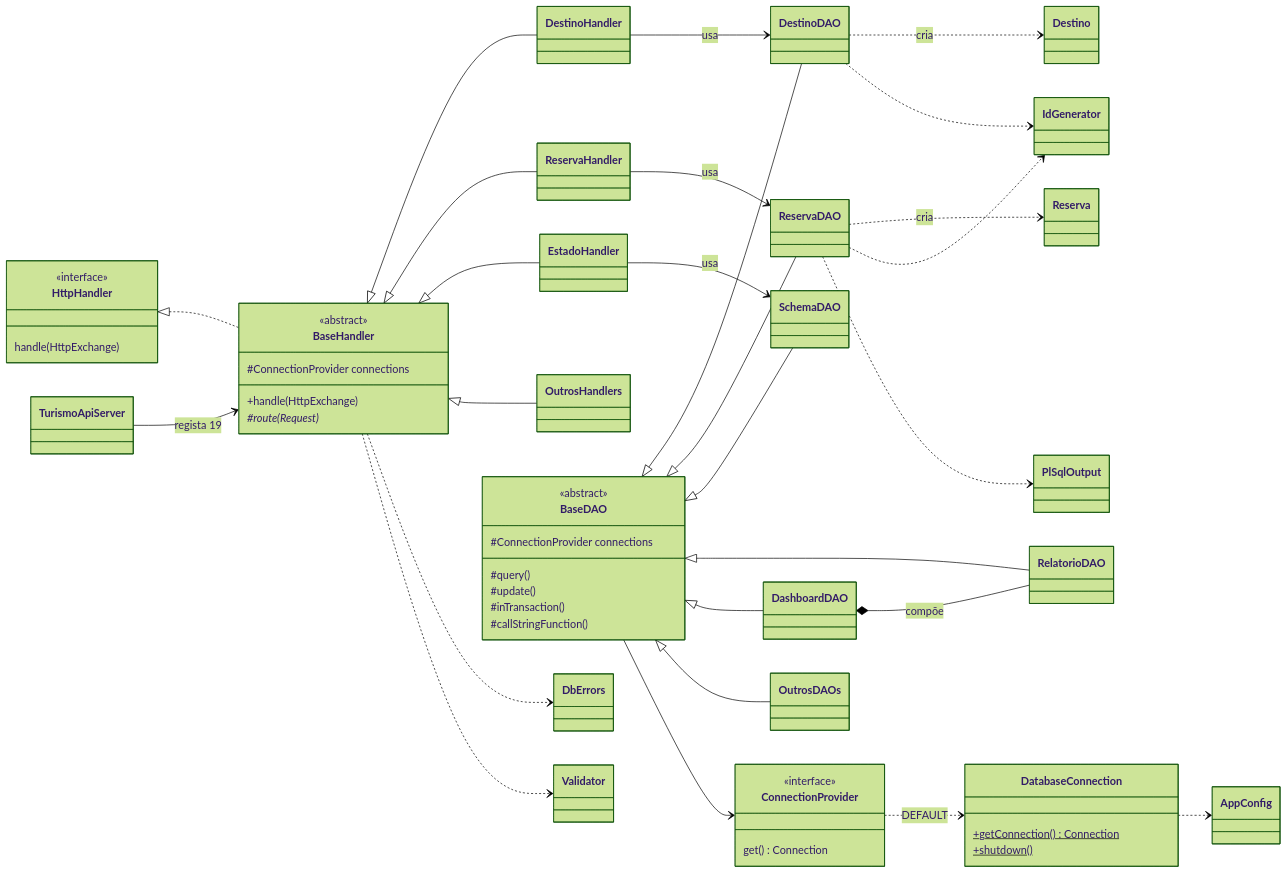
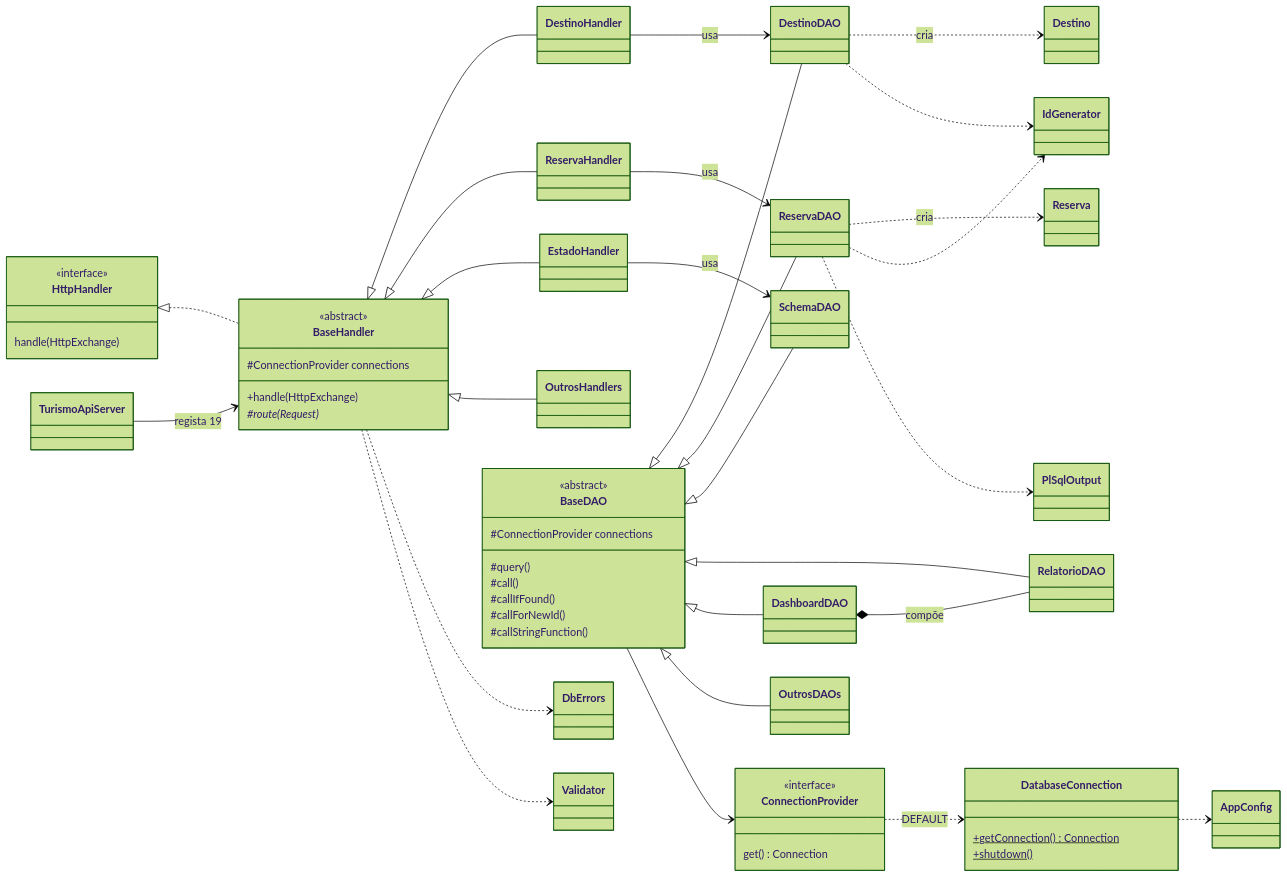
One commit to devyosef07/Trabalho_Gestao_Turismo changed the seventh of 19 diagrams in documents/README.md. Above: the diagram before and after it, drawn with Mermaid (forest theme). The commit also changed other lines of this file and 89 other files, not shown here.

````diff
--- a/documents/README.md
+++ b/documents/README.md
@@ -2021,78 +2179,79 @@
 ```mermaid
 classDiagram
     direction LR
     class HttpHandler {
         <<interface>>
         handle(HttpExchange)
     }
     class BaseHandler {
         <<abstract>>
         #ConnectionProvider connections
         +handle(HttpExchange)
         #route(Request)*
     }
     class DestinoHandler
     class ReservaHandler
     class EstadoHandler
     class OutrosHandlers
 
     class BaseDAO {
         <<abstract>>
         #ConnectionProvider connections
         #query()
-        #update()
-        #inTransaction()
+        #call()
+        #callIfFound()
+        #callForNewId()
         #callStringFunction()
     }
     class DestinoDAO
     class ReservaDAO
     class SchemaDAO
     class RelatorioDAO
     class DashboardDAO
     class OutrosDAOs
 
     class ConnectionProvider {
         <<interface>>
         get() Connection
     }
     class DatabaseConnection {
         +getConnection() Connection$
         +shutdown()$
     }
     class AppConfig
     class DbErrors
     class Validator
     class IdGenerator
     class PlSqlOutput
     class TurismoApiServer
     class Destino
     class Reserva
 
     HttpHandler <|.. BaseHandler
     BaseHandler <|-- DestinoHandler
     BaseHandler <|-- ReservaHandler
     BaseHandler <|-- EstadoHandler
     BaseHandler <|-- OutrosHandlers
     BaseDAO <|-- DestinoDAO
     BaseDAO <|-- ReservaDAO
     BaseDAO <|-- SchemaDAO
     BaseDAO <|-- RelatorioDAO
     BaseDAO <|-- DashboardDAO
     BaseDAO <|-- OutrosDAOs
 
     TurismoApiServer --> BaseHandler : regista 19
     DestinoHandler --> DestinoDAO : usa
     ReservaHandler --> ReservaDAO : usa
     EstadoHandler --> SchemaDAO : usa
     DashboardDAO *-- RelatorioDAO : compõe
     DestinoDAO ..> Destino : cria
     ReservaDAO ..> Reserva : cria
     BaseDAO --> ConnectionProvider
     ConnectionProvider ..> DatabaseConnection : DEFAULT
     DatabaseConnection ..> AppConfig
     BaseHandler ..> DbErrors
     BaseHandler ..> Validator
     DestinoDAO ..> IdGenerator
     ReservaDAO ..> IdGenerator
     ReservaDAO ..> PlSqlOutput
 ```
````
